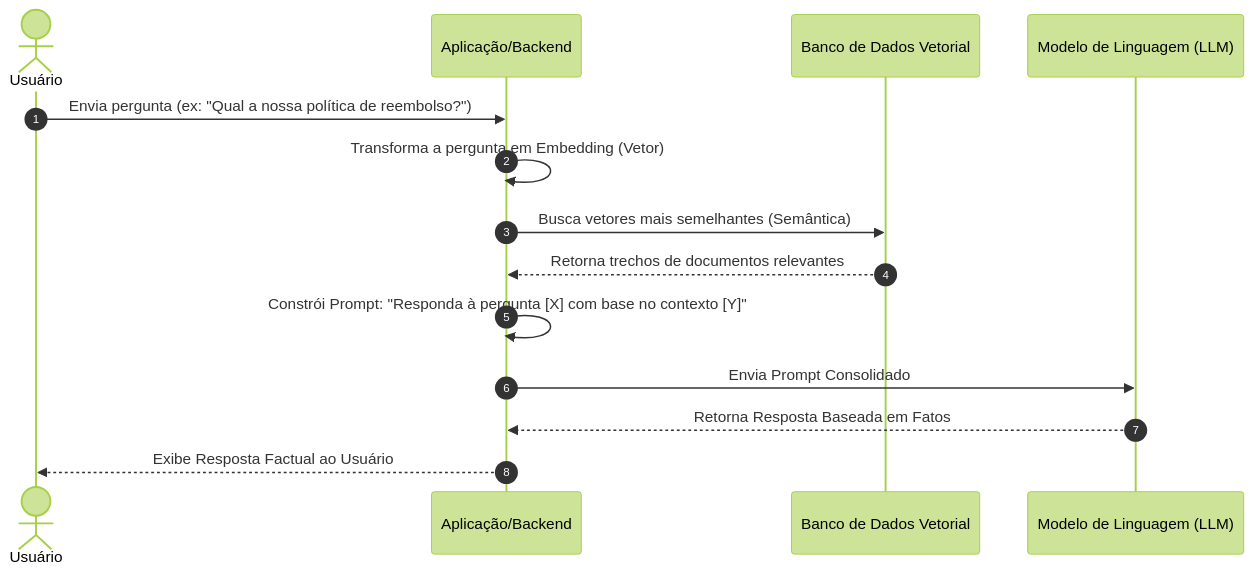
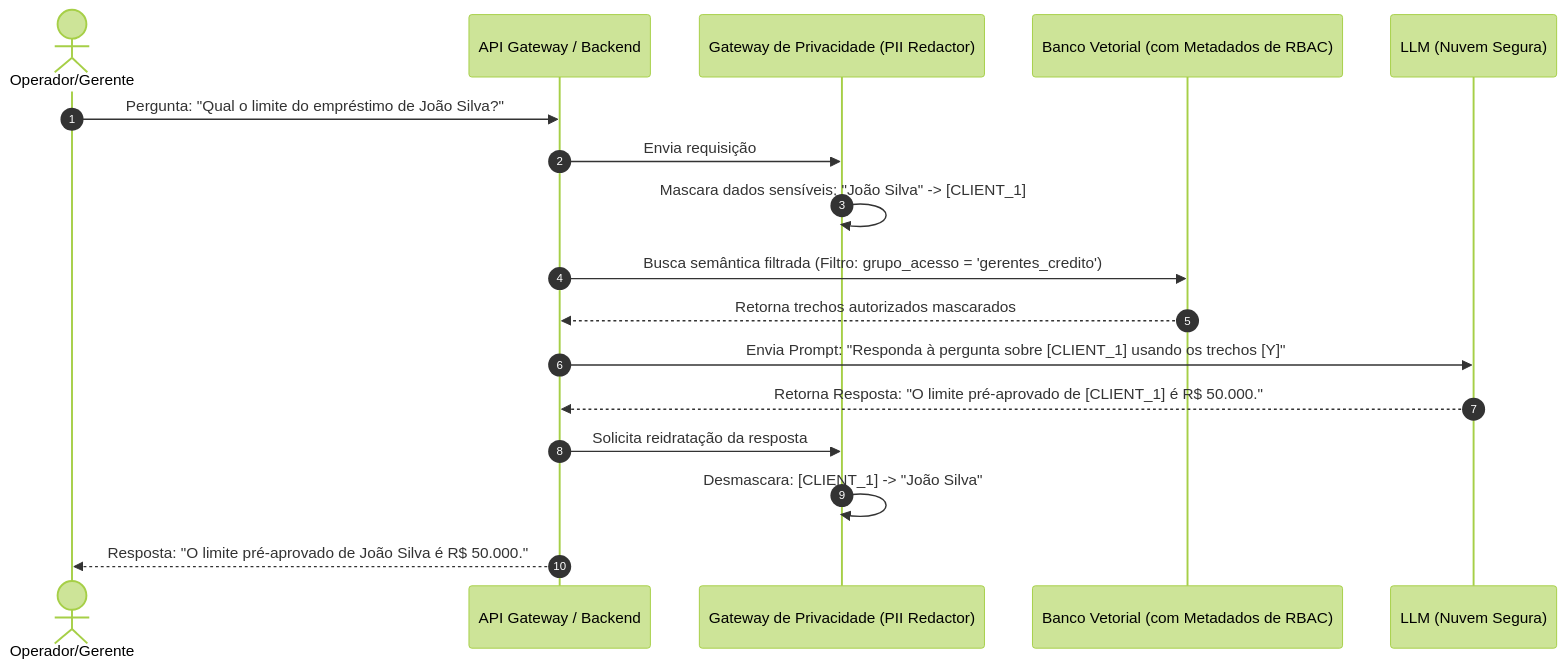
The diagram in resumos/arquitetura-com-ia.md (orlokfalcom/Treinando-uma-IA-de-Aprendizagem), drawn with Mermaid (forest theme) before and after one commit. The commit also changed other lines of this file and 8 other files, not shown here.

````diff
--- a/resumos/arquitetura-com-ia.md
+++ b/resumos/arquitetura-com-ia.md
@@ -13,17 +11,20 @@
 ```mermaid
 sequenceDiagram
     autonumber
-    actor U as Usuário
-    participant APP as Aplicação/Backend
-    participant DB as Banco de Dados Vetorial
-    participant LLM as Modelo de Linguagem (LLM)
+    actor U as Operador/Gerente
+    participant API as API Gateway / Backend
+    participant PII as Gateway de Privacidade (PII Redactor)
+    participant DB as Banco Vetorial (com Metadados de RBAC)
+    participant LLM as LLM (Nuvem Segura)
 
-    U->>APP: Envia pergunta (ex: "Qual a nossa política de reembolso?")
-    APP->>APP: Transforma a pergunta em Embedding (Vetor)
-    APP->>DB: Busca vetores mais semelhantes (Semântica)
-    DB-->>APP: Retorna trechos de documentos relevantes
-    APP->>APP: Constrói Prompt: "Responda à pergunta [X] com base no contexto [Y]"
-    APP->>LLM: Envia Prompt Consolidado
-    LLM-->>APP: Retorna Resposta Baseada em Fatos
-    APP-->>U: Exibe Resposta Factual ao Usuário
+    U->>API: Pergunta: "Qual o limite do empréstimo de João Silva?"
+    API->>PII: Envia requisição
+    PII->>PII: Mascara dados sensíveis: "João Silva" -> [CLIENT_1]
+    API->>DB: Busca semântica filtrada (Filtro: grupo_acesso = 'gerentes_credito')
+    DB-->>API: Retorna trechos autorizados mascarados
+    API->>LLM: Envia Prompt: "Responda à pergunta sobre [CLIENT_1] usando os trechos [Y]"
+    LLM-->>API: Retorna Resposta: "O limite pré-aprovado de [CLIENT_1] é R$ 50.000."
+    API->>PII: Solicita reidratação da resposta
+    PII->>PII: Desmascara: [CLIENT_1] -> "João Silva"
+    API-->>U: Resposta: "O limite pré-aprovado de João Silva é R$ 50.000."
 ```
````
